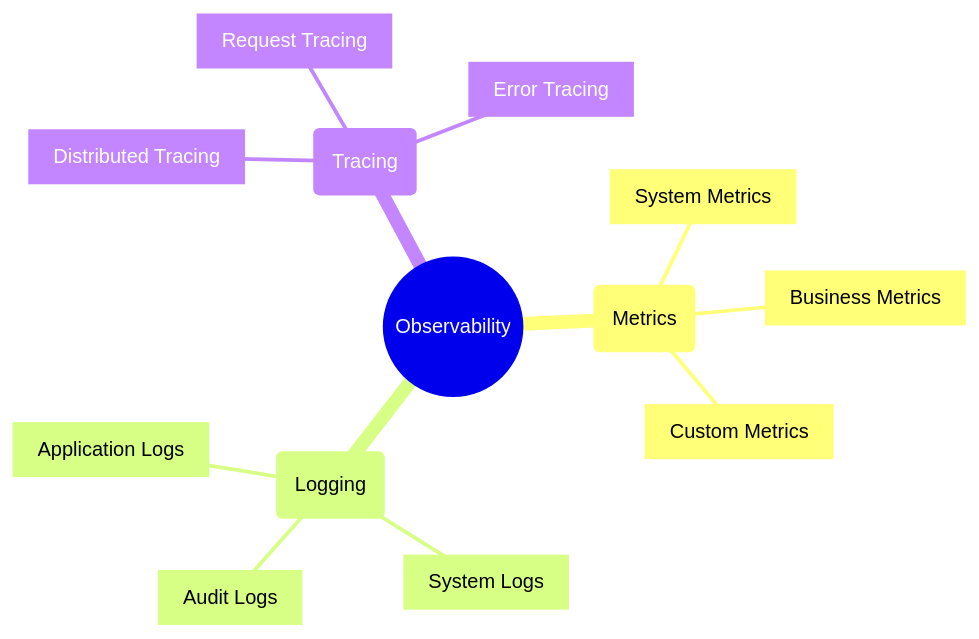
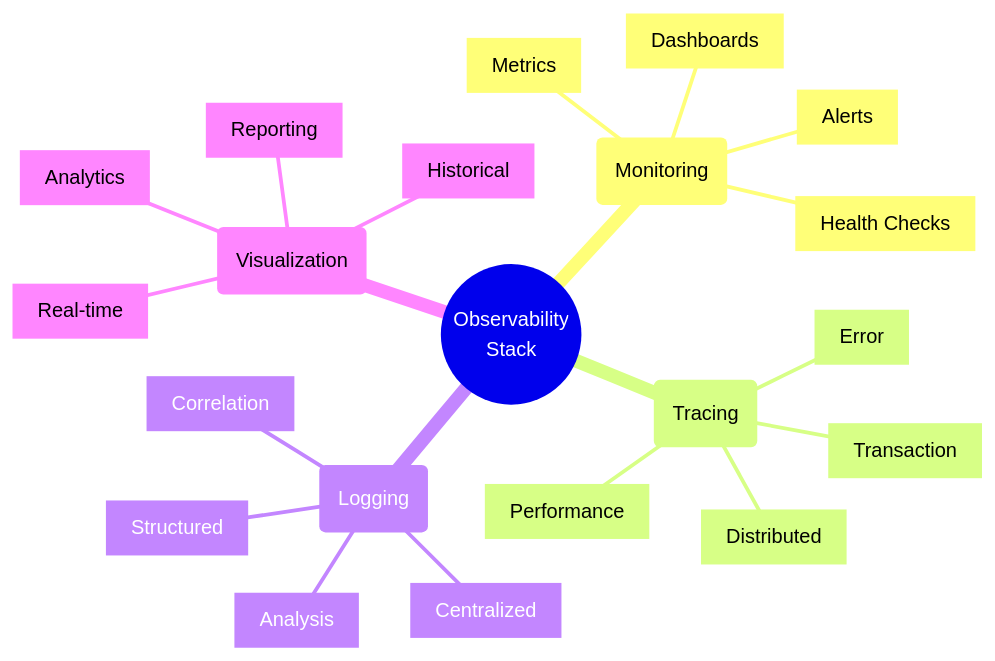
Before and after one commit to saravanakumarrc/Architecture_Journey: the first of 4 diagrams in src/Monitoring_and_Observability_Patterns.md, drawn with Mermaid. The commit also changed other lines of this file and 6 other files, not shown here.

First line of the commit message:
Refactor observability documentation: streamline sections, enhance clarity, and update diagrams for better understanding of monitoring components and patterns.

````diff
--- a/src/Monitoring_and_Observability_Patterns.md
+++ b/src/Monitoring_and_Observability_Patterns.md
@@ -3,16 +3,25 @@
 ```mermaid
 mindmap
-    root((Observability))
-        (Metrics)
-            [System Metrics]
-            [Business Metrics]
-            [Custom Metrics]
+    root((Observability
+        Stack))
+        (Monitoring)
+            [Metrics]
+            [Alerts]
+            [Dashboards]
+            [Health Checks]
+        (Tracing)
+            [Distributed]
+            [Transaction]
+            [Error]
+            [Performance]
         (Logging)
-            [Application Logs]
-            [System Logs]
-            [Audit Logs]
-        (Tracing)
-            [Distributed Tracing]
-            [Request Tracing]
-            [Error Tracing]
+            [Structured]
+            [Centralized]
+            [Correlation]
+            [Analysis]
+        (Visualization)
+            [Real-time]
+            [Historical]
+            [Analytics]
+            [Reporting]
 ```
````
